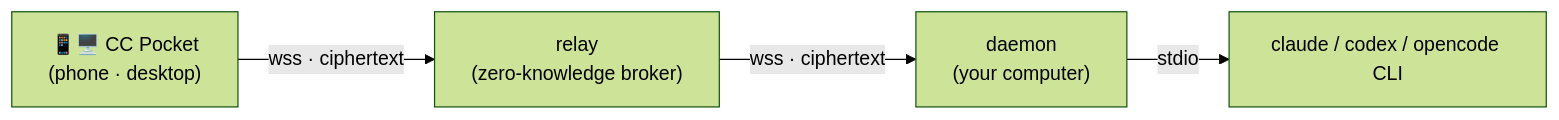
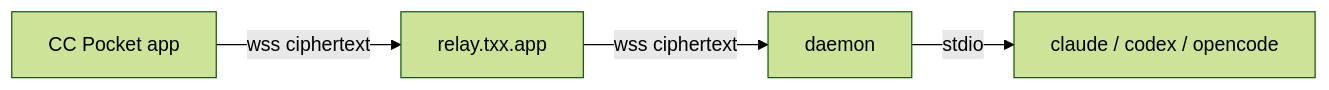
One commit to ac54u-mobile/cc-pocket changed the diagram in README.md. Above: the diagram before and after it, drawn with Mermaid (forest theme). The commit also changed other lines of this file and 369 other files, not shown here.

First line of the commit message:
chore: reclaim project identity (App ID com.txx.ccpocket)

````diff
--- a/README.md
+++ b/README.md
@@ -29,6 +34,6 @@
 ```mermaid
 flowchart LR
-    phone["📱🖥️ CC Pocket<br/>(phone · desktop)"] -- "wss · ciphertext" --> relay["relay<br/>(zero-knowledge broker)"]
-    relay -- "wss · ciphertext" --> daemon["daemon<br/>(your computer)"]
-    daemon -- "stdio" --> agent["claude / codex / opencode CLI"]
+    phone["CC Pocket app"] -- "wss ciphertext" --> relay["relay.txx.app"]
+    relay -- "wss ciphertext" --> daemon["daemon"]
+    daemon -- "stdio" --> agent["claude / codex / opencode"]
 ```
````
